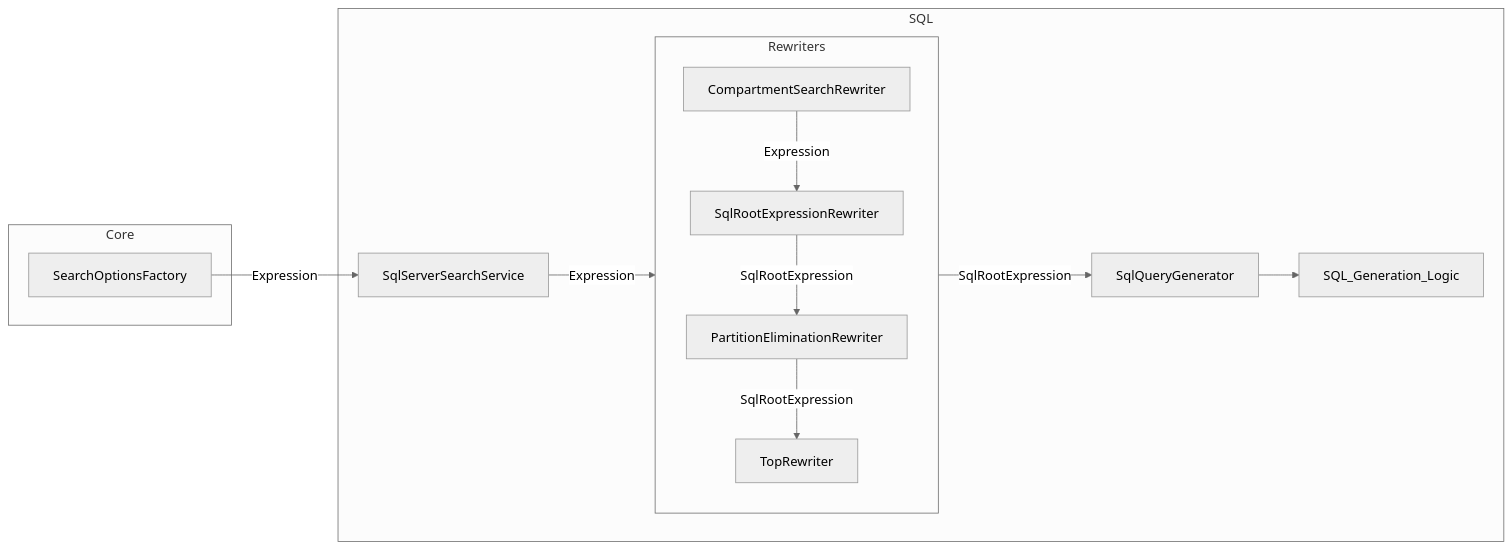
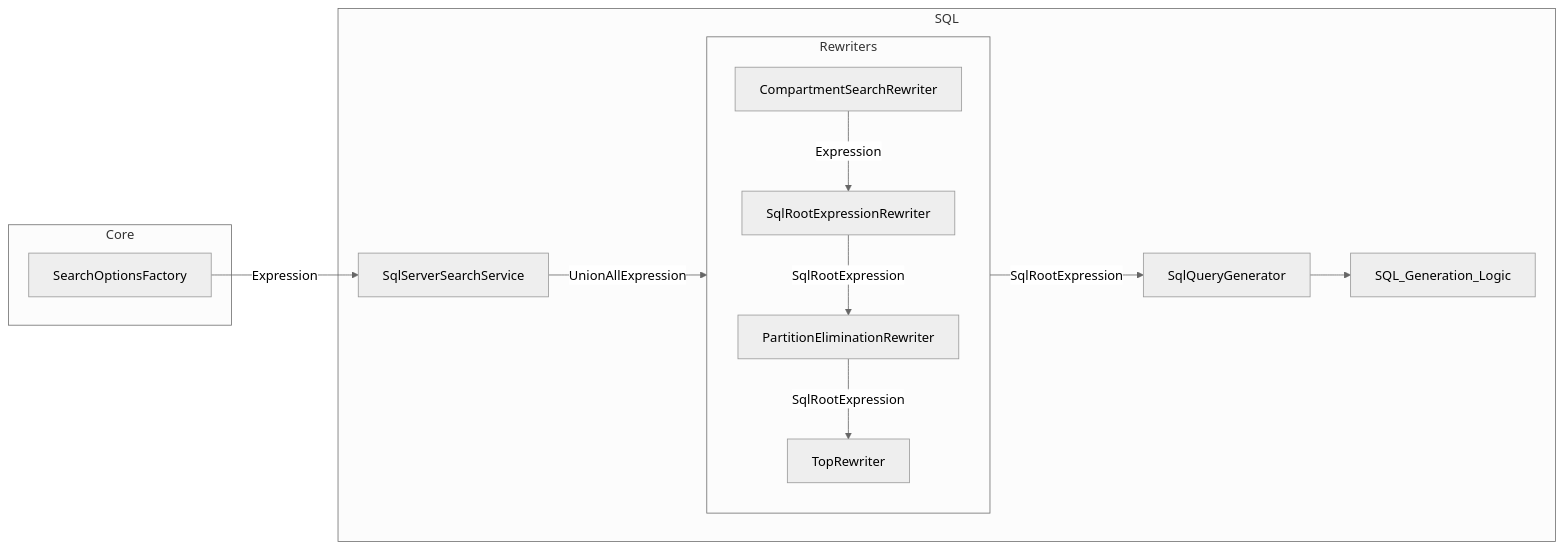
One commit to microsoft/fhir-server changed the diagram in docs/flow diagrams/search-compartment-sql.md. Above: the diagram before and after it, drawn with Mermaid. The commit also changed 9 other files, not shown here.

Commit message:
Creating the structure in memory to support UnionAll expressions.

````diff
--- a/docs/flow diagrams/search-compartment-sql.md
+++ b/docs/flow diagrams/search-compartment-sql.md
@@ -1,23 +1,23 @@
 ```mermaid
 %%{init: {'theme': 'neutral' } }%%
 flowchart LR
 SearchOptionsFactory -- Expression --> SqlServerSearchService
 
 subgraph Core
     SearchOptionsFactory
 end
 
 subgraph SQL
-    SqlServerSearchService -- Expression --> Rewriters
+    SqlServerSearchService -- UnionAllExpression --> Rewriters
     
     Rewriters -- SqlRootExpression --> SqlQueryGenerator
 
     SqlQueryGenerator --> SQL_Generation_Logic
 
     subgraph Rewriters
         CompartmentSearchRewriter -- Expression --> SqlRootExpressionRewriter
         SqlRootExpressionRewriter -- SqlRootExpression --> PartitionEliminationRewriter
         PartitionEliminationRewriter -- SqlRootExpression --> TopRewriter
     end
 end
 ```
````
